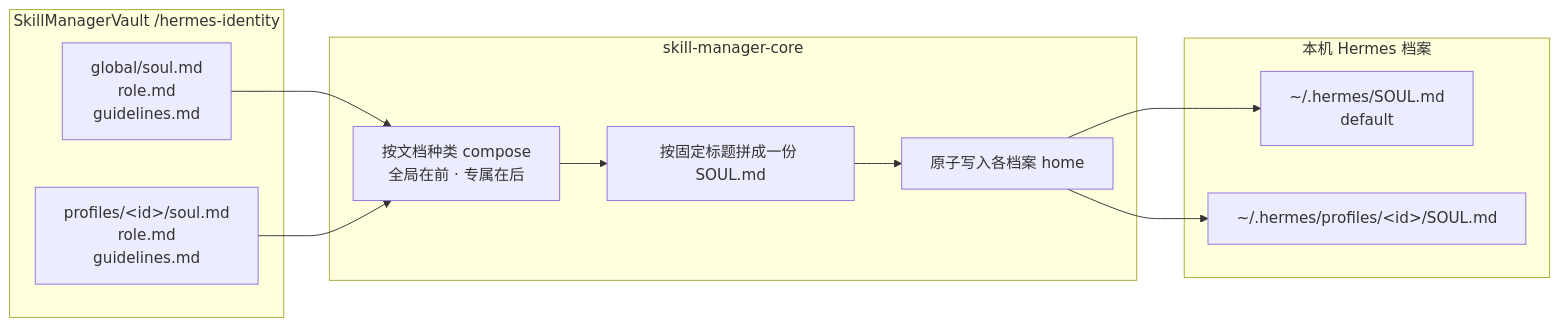
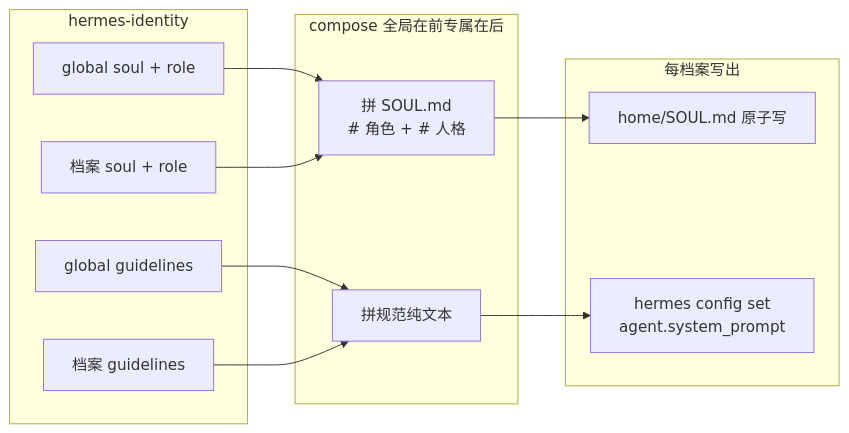
One commit to YYFF925/SkillManager changed the second of 3 diagrams in docs/technical-reference/hermes-identity-architecture.md. Above: the diagram before and after it, drawn with Mermaid. The commit also changed other lines of this file, not shown here.

First line of the commit message:
docs: 按三层模型把 Hermes 规范改写到 agent.system_prompt

````diff
--- a/docs/technical-reference/hermes-identity-architecture.md
+++ b/docs/technical-reference/hermes-identity-architecture.md
@@ -120,25 +122,23 @@
 ```mermaid
 flowchart LR
-  subgraph Vault["SkillManagerVault /hermes-identity"]
-    G["global/soul.md<br/>role.md<br/>guidelines.md"]
-    P["profiles/&lt;id&gt;/soul.md<br/>role.md<br/>guidelines.md"]
+  subgraph Vault["hermes-identity"]
+    GS["global soul + role"]
+    GG["global guidelines"]
+    PS["档案 soul + role"]
+    PG["档案 guidelines"]
   end
-
-  subgraph Core["skill-manager-core"]
-    C["按文档种类 compose<br/>全局在前 · 专属在后"]
-    J["按固定标题拼成一份 SOUL.md"]
-    D["原子写入各档案 home"]
+  subgraph Core["compose 全局在前专属在后"]
+    I["拼 SOUL.md<br/># 角色 + # 人格"]
+    N["拼规范纯文本"]
   end
-
-  subgraph Disk["本机 Hermes 档案"]
-    S1["~/.hermes/SOUL.md<br/>default"]
-    S2["~/.hermes/profiles/&lt;id&gt;/SOUL.md"]
+  subgraph Out["每档案写出"]
+    S["home/SOUL.md 原子写"]
+    C["hermes config set<br/>agent.system_prompt"]
   end
-
-  G --> C
-  P --> C
-  C --> J
-  J --> D
-  D --> S1
-  D --> S2
+  GS --> I
+  PS --> I
+  GG --> N
+  PG --> N
+  I --> S
+  N --> C
 ```
````
